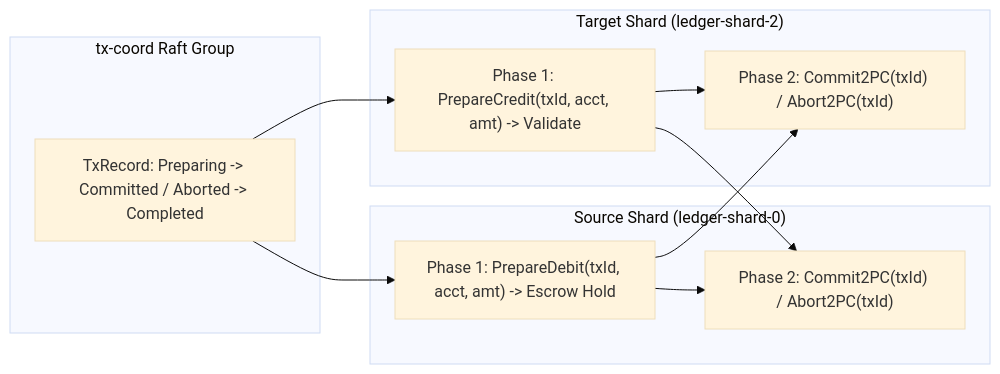
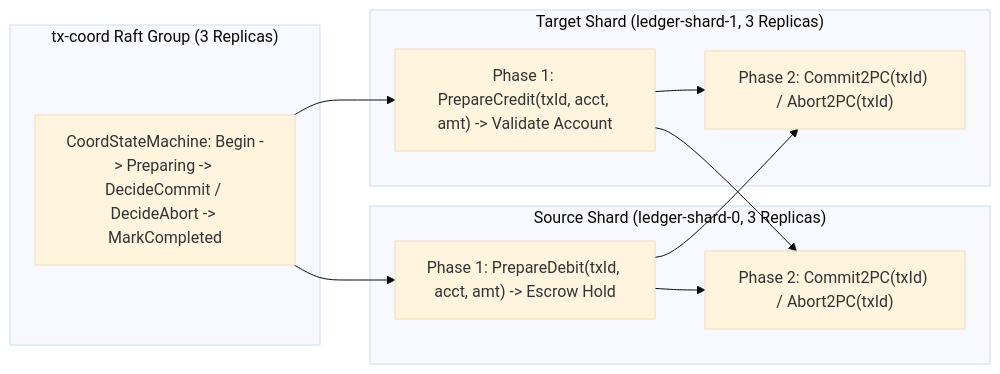
One commit to bmscomp/raft changed the third of 3 diagrams in docs/book/15-case-distributed-transactions.md. Above: the diagram before and after it, drawn with Mermaid (base theme). The commit also changed other lines of this file and 27 other files, not shown here.

Commit message:
docs(book): enhance Raft design analysis, implementation architecture, and all 18 runnable examples

````diff
--- a/docs/book/15-case-distributed-transactions.md
+++ b/docs/book/15-case-distributed-transactions.md
@@ -306,19 +314,19 @@
 ```mermaid
 flowchart LR
-    subgraph Coord["tx-coord Raft Group"]
-        TR["TxRecord: Preparing -> Committed / Aborted -> Completed"]
+    subgraph Coord["tx-coord Raft Group (3 Replicas)"]
+        TR["CoordStateMachine: Begin -> Preparing -> DecideCommit / DecideAbort -> MarkCompleted"]
     end
 
-    subgraph Src["Source Shard (ledger-shard-0)"]
+    subgraph Src["Source Shard (ledger-shard-0, 3 Replicas)"]
         P1["Phase 1: PrepareDebit(txId, acct, amt) -> Escrow Hold"]
         C1["Phase 2: Commit2PC(txId) / Abort2PC(txId)"]
     end
 
-    subgraph Dst["Target Shard (ledger-shard-2)"]
-        P2["Phase 1: PrepareCredit(txId, acct, amt) -> Validate"]
+    subgraph Dst["Target Shard (ledger-shard-1, 3 Replicas)"]
+        P2["Phase 1: PrepareCredit(txId, acct, amt) -> Validate Account"]
         C2["Phase 2: Commit2PC(txId) / Abort2PC(txId)"]
     end
 
     TR --> P1 & P2
     P1 & P2 --> C1 & C2
 ```
````
